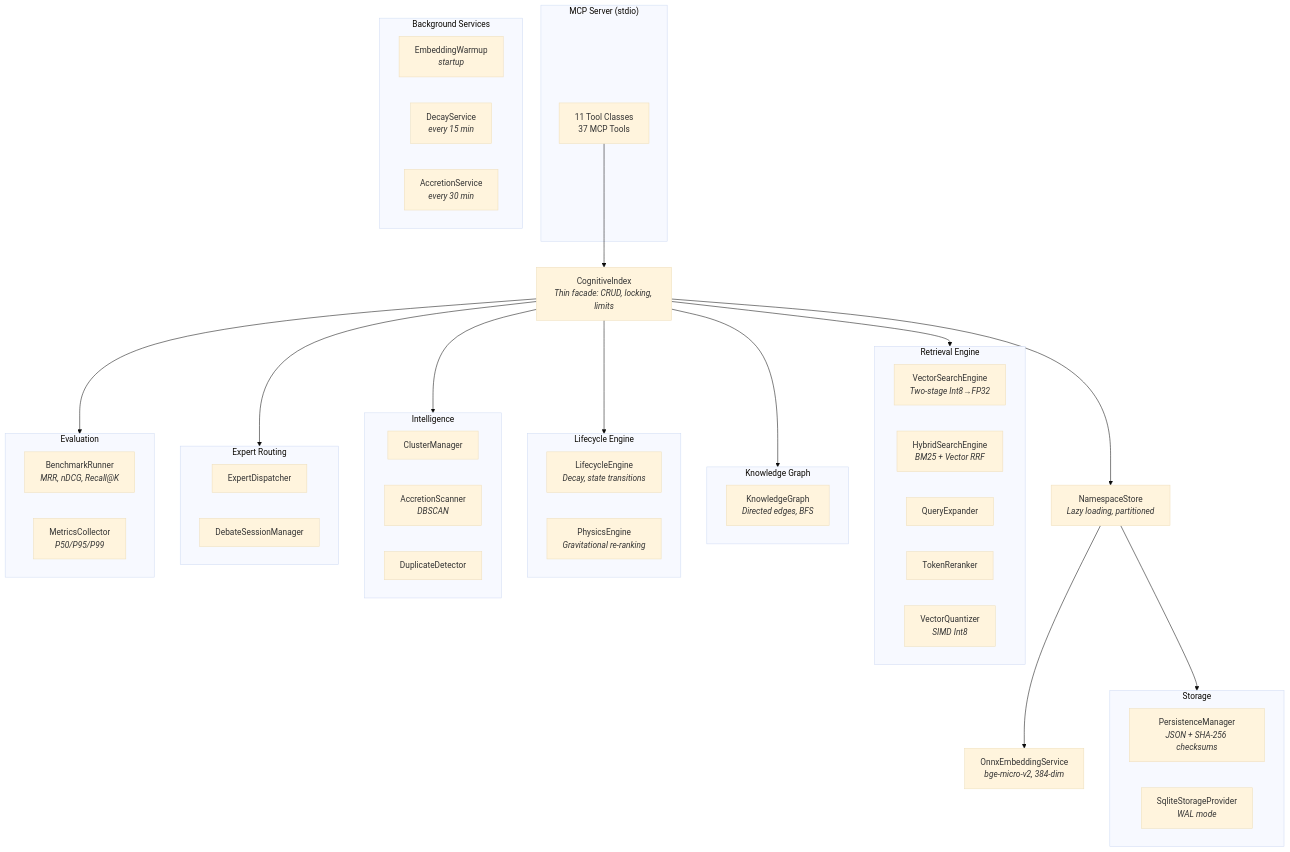
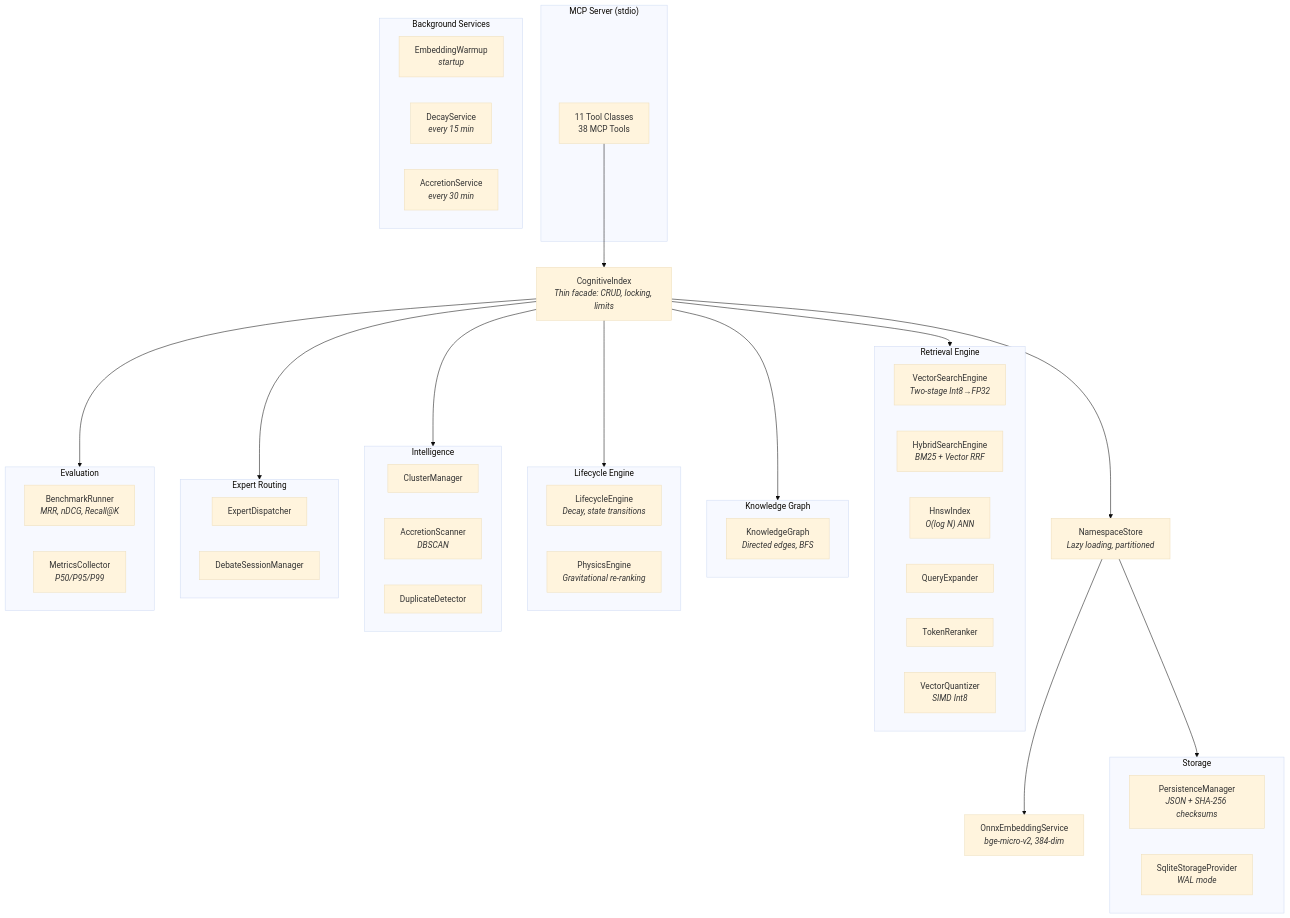
One commit to wyckit/mcp-engram-memory changed the diagram in README.md. Above: the diagram before and after it, drawn with Mermaid (base theme). The commit also changed other lines of this file and 12 other files, not shown here.

First line of the commit message:
Add HNSW indexing, agent feedback tool, and realworld benchmark dataset

````diff
--- a/README.md
+++ b/README.md
@@ -59,64 +59,65 @@
 ```mermaid
 graph TD
     subgraph MCP["MCP Server (stdio)"]
-        Tools["11 Tool Classes<br/>37 MCP Tools"]
+        Tools["11 Tool Classes<br/>38 MCP Tools"]
     end
 
     Tools --> CI["CognitiveIndex<br/><i>Thin facade: CRUD, locking, limits</i>"]
 
     CI --> RE["Retrieval"]
     CI --> GR["Graph"]
     CI --> LC["Lifecycle"]
     CI --> IN["Intelligence"]
     CI --> EX["Experts"]
     CI --> EV["Evaluation"]
 
     subgraph RE["Retrieval Engine"]
         VS["VectorSearchEngine<br/><i>Two-stage Int8→FP32</i>"]
         HS["HybridSearchEngine<br/><i>BM25 + Vector RRF</i>"]
+        HW["HnswIndex<br/><i>O(log N) ANN</i>"]
         QE["QueryExpander"]
         TR["TokenReranker"]
         VQ["VectorQuantizer<br/><i>SIMD Int8</i>"]
     end
 
     subgraph GR["Knowledge Graph"]
         KG["KnowledgeGraph<br/><i>Directed edges, BFS</i>"]
     end
 
     subgraph LC["Lifecycle Engine"]
         LE["LifecycleEngine<br/><i>Decay, state transitions</i>"]
         PE["PhysicsEngine<br/><i>Gravitational re-ranking</i>"]
     end
 
     subgraph IN["Intelligence"]
         CM["ClusterManager"]
         AS["AccretionScanner<br/><i>DBSCAN</i>"]
         DD["DuplicateDetector"]
     end
 
     subgraph EX["Expert Routing"]
         ED["ExpertDispatcher"]
         DM["DebateSessionManager"]
     end
 
     subgraph EV["Evaluation"]
         BR["BenchmarkRunner<br/><i>MRR, nDCG, Recall@K</i>"]
         MC["MetricsCollector<br/><i>P50/P95/P99</i>"]
     end
 
     CI --> NS["NamespaceStore<br/><i>Lazy loading, partitioned</i>"]
     NS --> SP["Storage Provider"]
 
     subgraph SP["Storage"]
         PM["PersistenceManager<br/><i>JSON + SHA-256 checksums</i>"]
         SQ["SqliteStorageProvider<br/><i>WAL mode</i>"]
     end
 
     NS --> EMB["OnnxEmbeddingService<br/><i>bge-micro-v2, 384-dim</i>"]
 
     subgraph BG["Background Services"]
         BG1["EmbeddingWarmup<br/><i>startup</i>"]
         BG2["DecayService<br/><i>every 15 min</i>"]
         BG3["AccretionService<br/><i>every 30 min</i>"]
     end
 ```
````
